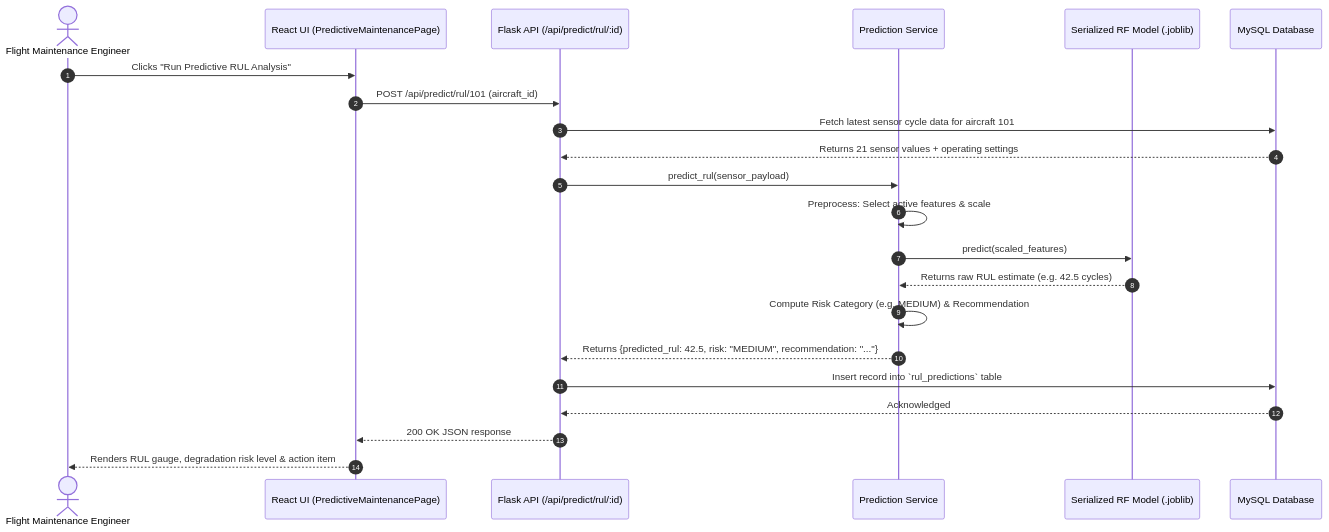
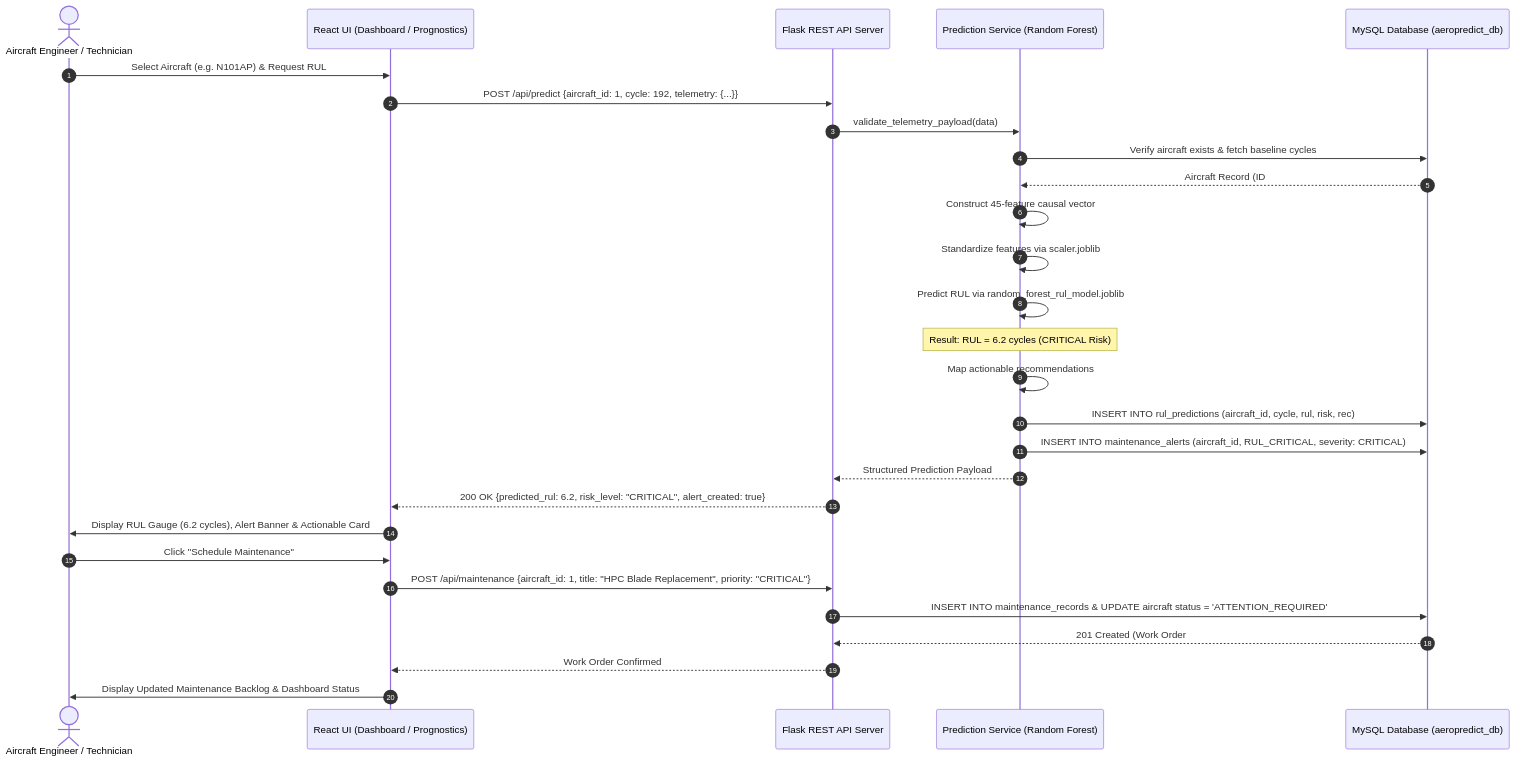
Before and after one commit to omgavate/AeroPredict: the third of 3 diagrams in ARCHITECTURE.md, drawn with Mermaid. The commit also changed other lines of this file and 9 other files, not shown here.

Commit message:
Complete Phase 13: Final Academic Documentation, Architecture Diagrams, and Viva Defense Guide

````diff
--- a/ARCHITECTURE.md
+++ b/ARCHITECTURE.md
@@ -216,25 +153,31 @@
 ```mermaid
 sequenceDiagram
     autonumber
-    actor Engineer as Flight Maintenance Engineer
-    participant UI as React UI (PredictiveMaintenancePage)
-    participant API as Flask API (/api/predict/rul/:id)
-    participant SVC as Prediction Service
-    participant Model as Serialized RF Model (.joblib)
-    participant DB as MySQL Database
+    actor Tech as Aircraft Engineer / Technician
+    participant UI as React UI (Dashboard / Prognostics)
+    participant API as Flask REST API Server
+    participant Pred as Prediction Service (Random Forest)
+    participant DB as MySQL Database (aeropredict_db)
 
-    Engineer->>UI: Clicks "Run Predictive RUL Analysis"
-    UI->>API: POST /api/predict/rul/101 (aircraft_id)
-    API->>DB: Fetch latest sensor cycle data for aircraft 101
-    DB-->>API: Returns 21 sensor values + operating settings
-    API->>SVC: predict_rul(sensor_payload)
-    SVC->>SVC: Preprocess: Select active features & scale
-    SVC->>Model: predict(scaled_features)
-    Model-->>SVC: Returns raw RUL estimate (e.g. 42.5 cycles)
-    SVC->>SVC: Compute Risk Category (e.g. MEDIUM) & Recommendation
-    SVC-->>API: Returns {predicted_rul: 42.5, risk: "MEDIUM", recommendation: "..."}
-    API->>DB: Insert record into `rul_predictions` table
-    DB-->>API: Acknowledged
-    API-->>UI: 200 OK JSON response
-    UI-->>Engineer: Renders RUL gauge, degradation risk level & action item
+    Tech->>UI: Select Aircraft (e.g. N101AP) & Request RUL
+    UI->>API: POST /api/predict {aircraft_id: 1, cycle: 192, telemetry: {...}}
+    API->>Pred: validate_telemetry_payload(data)
+    Pred->>DB: Verify aircraft exists & fetch baseline cycles
+    DB-->>Pred: Aircraft Record (ID #1, Unit #1)
+    Pred->>Pred: Construct 45-feature causal vector
+    Pred->>Pred: Standardize features via scaler.joblib
+    Pred->>Pred: Predict RUL via random_forest_rul_model.joblib
+    Note over Pred: Result: RUL = 6.2 cycles (CRITICAL Risk)
+    Pred->>Pred: Map actionable recommendations
+    Pred->>DB: INSERT INTO rul_predictions (aircraft_id, cycle, rul, risk, rec)
+    Pred->>DB: INSERT INTO maintenance_alerts (aircraft_id, RUL_CRITICAL, severity: CRITICAL)
+    Pred-->>API: Structured Prediction Payload
+    API-->>UI: 200 OK {predicted_rul: 6.2, risk_level: "CRITICAL", alert_created: true}
+    UI->>Tech: Display RUL Gauge (6.2 cycles), Alert Banner & Actionable Card
+    Tech->>UI: Click "Schedule Maintenance"
+    UI->>API: POST /api/maintenance {aircraft_id: 1, title: "HPC Blade Replacement", priority: "CRITICAL"}
+    API->>DB: INSERT INTO maintenance_records & UPDATE aircraft status = 'ATTENTION_REQUIRED'
+    DB-->>API: 201 Created (Work Order #1)
+    API-->>UI: Work Order Confirmed
+    UI->>Tech: Display Updated Maintenance Backlog & Dashboard Status
 ```
````
